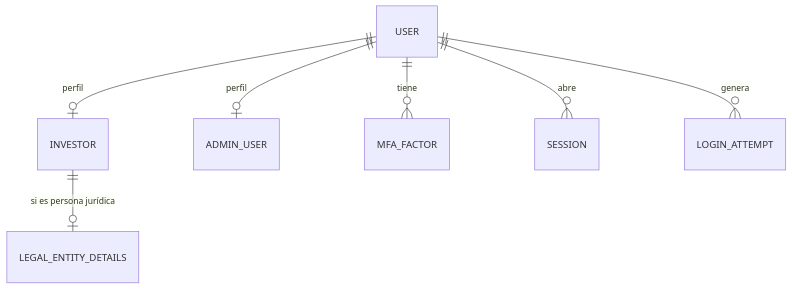
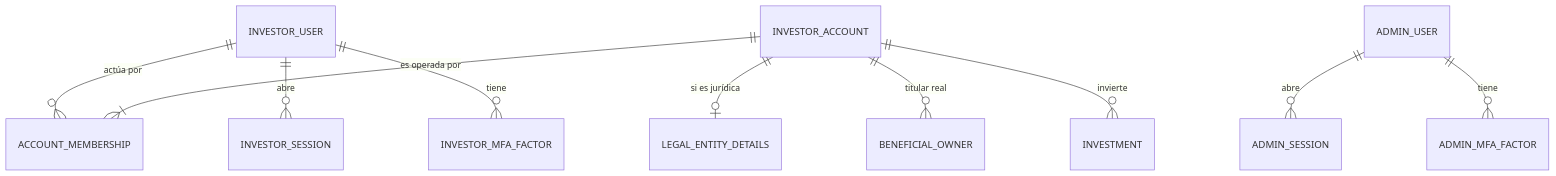
One commit to fjuarez-create/Your-virtual changed the first of 6 diagrams in docs/plataforma/01-modelo-de-datos-y-arquitectura.md. Above: the diagram before and after it, drawn with Mermaid. The commit also changed other lines of this file and 13 other files, not shown here.

````diff
--- a/docs/plataforma/01-modelo-de-datos-y-arquitectura.md
+++ b/docs/plataforma/01-modelo-de-datos-y-arquitectura.md
@@ -123,9 +136,12 @@
 ```mermaid
 erDiagram
-    USER ||--o| INVESTOR : "perfil"
-    USER ||--o| ADMIN_USER : "perfil"
-    USER ||--o{ MFA_FACTOR : tiene
-    USER ||--o{ SESSION : abre
-    USER ||--o{ LOGIN_ATTEMPT : genera
-    INVESTOR ||--o| LEGAL_ENTITY_DETAILS : "si es persona jurídica"
+    INVESTOR_USER ||--o{ ACCOUNT_MEMBERSHIP : "actúa por"
+    INVESTOR_ACCOUNT ||--|{ ACCOUNT_MEMBERSHIP : "es operada por"
+    INVESTOR_USER ||--o{ INVESTOR_SESSION : abre
+    INVESTOR_USER ||--o{ INVESTOR_MFA_FACTOR : tiene
+    INVESTOR_ACCOUNT ||--o| LEGAL_ENTITY_DETAILS : "si es jurídica"
+    INVESTOR_ACCOUNT ||--o{ BENEFICIAL_OWNER : "titular real"
+    INVESTOR_ACCOUNT ||--o{ INVESTMENT : invierte
+    ADMIN_USER ||--o{ ADMIN_SESSION : abre
+    ADMIN_USER ||--o{ ADMIN_MFA_FACTOR : tiene
 ```
````
